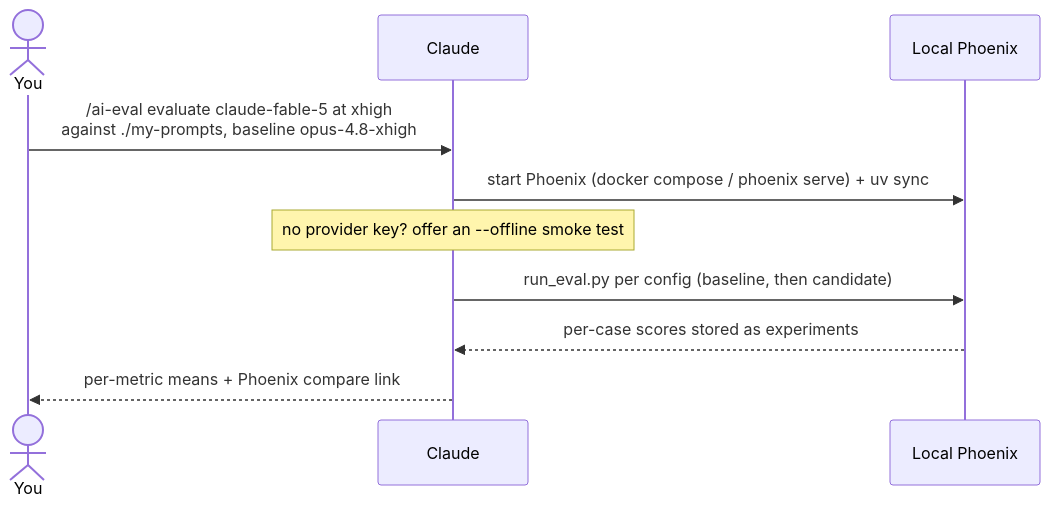
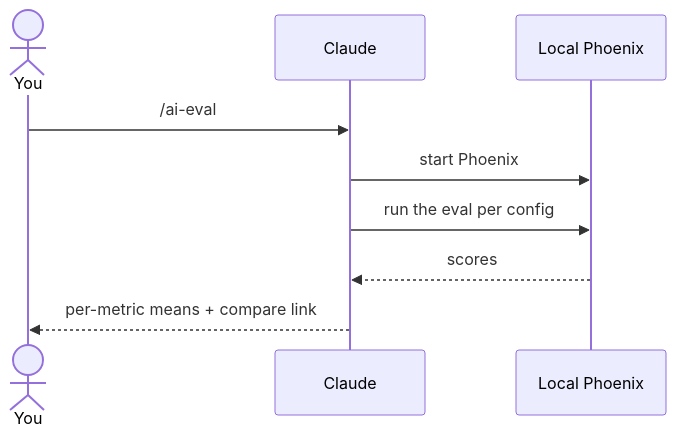
The first of 2 diagrams in skills/ai-eval/README.md (etoews/skills), drawn with Mermaid before and after one commit. The commit also changed other lines of this file, not shown here.

Commit message:
Move /ai-eval example out of sequence diagram and simplify it

````diff
--- a/skills/ai-eval/README.md
+++ b/skills/ai-eval/README.md
@@ -30,12 +34,11 @@
 ```mermaid
 sequenceDiagram
     actor You
     participant Claude
     participant Phoenix as Local Phoenix
-    You->>Claude: /ai-eval evaluate claude-fable-5 at xhigh<br/>against ./my-prompts, baseline opus-4.8-xhigh
-    Claude->>Phoenix: start Phoenix (docker compose / phoenix serve) + uv sync
-    Note over Claude: no provider key? offer an --offline smoke test
-    Claude->>Phoenix: run_eval.py per config (baseline, then candidate)
-    Phoenix-->>Claude: per-case scores stored as experiments
-    Claude-->>You: per-metric means + Phoenix compare link
+    You->>Claude: /ai-eval
+    Claude->>Phoenix: start Phoenix
+    Claude->>Phoenix: run the eval per config
+    Phoenix-->>Claude: scores
+    Claude-->>You: per-metric means + compare link
 ```
````
